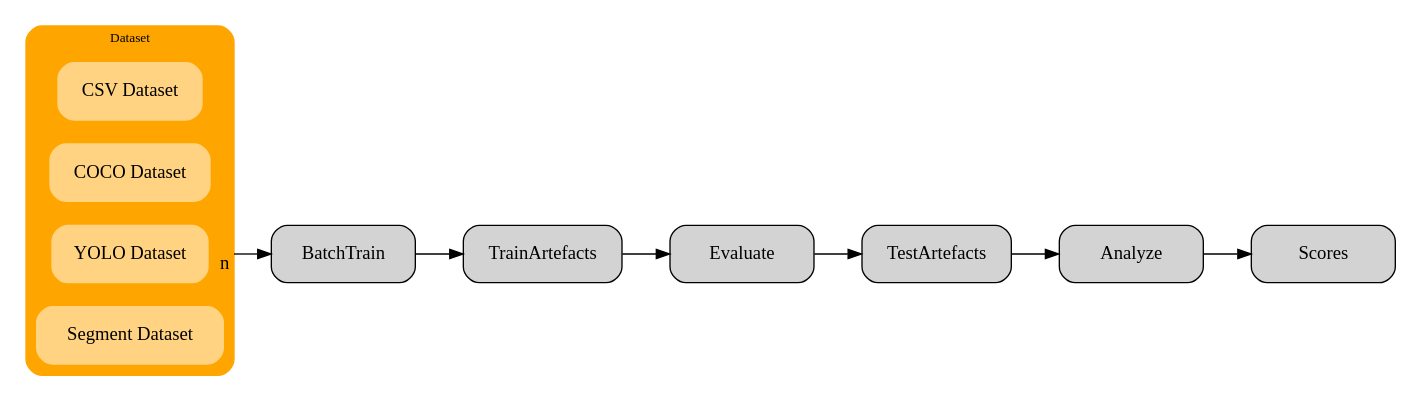
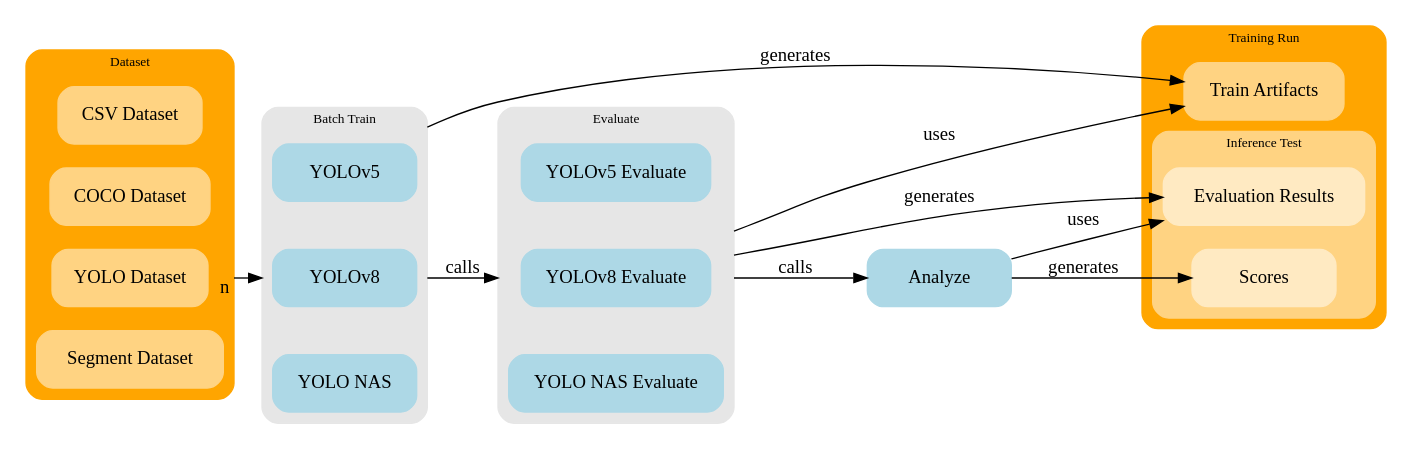
One commit to jnccd/crystal-marker-detection changed the diagram in thesis/assets/graph/arch_train.dot. Above: the diagram before and after it, drawn with Graphviz.

Commit message:
Build arch_train graph

```diff
--- a/thesis/assets/graph/arch_train.dot
+++ b/thesis/assets/graph/arch_train.dot
@@ -1,29 +1,78 @@
 digraph arch {
     rankdir=LR
     node [shape=box style="filled,rounded" width=1.5 height=0.6];
     graph [fontsize=10 compound=true];
+
+    Analyze [color=lightblue]
 
     subgraph cluster_dataset {
         graph [style="filled,rounded", color=orange]
         label = "Dataset";
 
         CSV [color="#ffd382" label="CSV Dataset"]
         COCO [color="#ffd382" label="COCO Dataset"]
         YOLO [color="#ffd382" label="YOLO Dataset"]
         Segmentation [color="#ffd382" label="Segment Dataset"]
         #Pet [color="#ffd382" label="Pet Dataset"]
         #SegPet [color="#ffd382" label="SegPet Dataset"]
     }
+
+    subgraph cluster_BatchTrain {
+        graph [style="filled,rounded", color="#e6e6e6"]
+        label = "Batch Train";
+
+        YOLOv5 [color=lightblue] 
+        YOLOv8 [color=lightblue]
+        YOLONAS [color=lightblue, label="YOLO NAS"]
+        
+        {
+            rank = same;
+            YOLONAS -> YOLOv8 -> YOLOv5 [style=invis]
+        }
+    }
+
+    subgraph cluster_Evaluate {
+        graph [style="filled,rounded", color="#e6e6e6"]
+        label = "Evaluate";
+
+        YOLOv5_eva [color=lightblue, label="YOLOv5 Evaluate"] 
+        YOLOv8_eva [color=lightblue, label="YOLOv8 Evaluate"]
+        YOLONAS_eva [color=lightblue, label="YOLO NAS Evaluate"]
+        
+        {
+            rank = same;
+            YOLONAS_eva -> YOLOv8_eva -> YOLOv5_eva [style=invis]
+        }
+    }
+
+    subgraph cluster_TrainArtifacts {
+        graph [style="filled,rounded", color="orange"]
+        label = "Training Run"
+
+        TrainArtifacts [color="#ffd382", label="Train Artifacts"]
+        
+        subgraph cluster_Test {
+            graph [color="#ffd382"]
+            label = "Inference Test"
+            EvalRes [color="#ffeac2", label="Evaluation Results"]
+            Scores [color="#ffeac2", label="Scores"]
+        }
+        
+        {
+            rank = same;
+            #InferenceTest -> TrainArtifacts [style=invis]
+        }
+    }
     
-    YOLO -> BatchTrain [taillabel=" n", ltail=cluster_dataset]
+    YOLO -> YOLOv8 [taillabel=" n", ltail=cluster_dataset, lhead=cluster_BatchTrain, minlen=1]
 
-    BatchTrain -> TrainArtefacts
+    YOLOv8 -> YOLOv8_eva [weight=3, label="calls", ltail=cluster_BatchTrain, lhead=cluster_Evaluate]
+    YOLOv5 -> TrainArtifacts [label="generates", ltail=cluster_BatchTrain]
 
-    TrainArtefacts -> Evaluate
+    YOLOv8_eva -> Analyze [weight=3, label="calls", ltail=cluster_Evaluate]
+    YOLOv8_eva -> TrainArtifacts [weight=0, label="uses", ltail=cluster_Evaluate]
+    YOLOv8_eva -> EvalRes [weight=0, label="generates", ltail=cluster_Evaluate]
 
-    Evaluate -> TestArtefacts
-
-    TestArtefacts -> Analyze
-
-    Analyze -> Scores
+    Analyze -> EvalRes [weight=0, label="uses"]
+    Analyze -> Scores [weight=3, label="generates"]
 }
```
